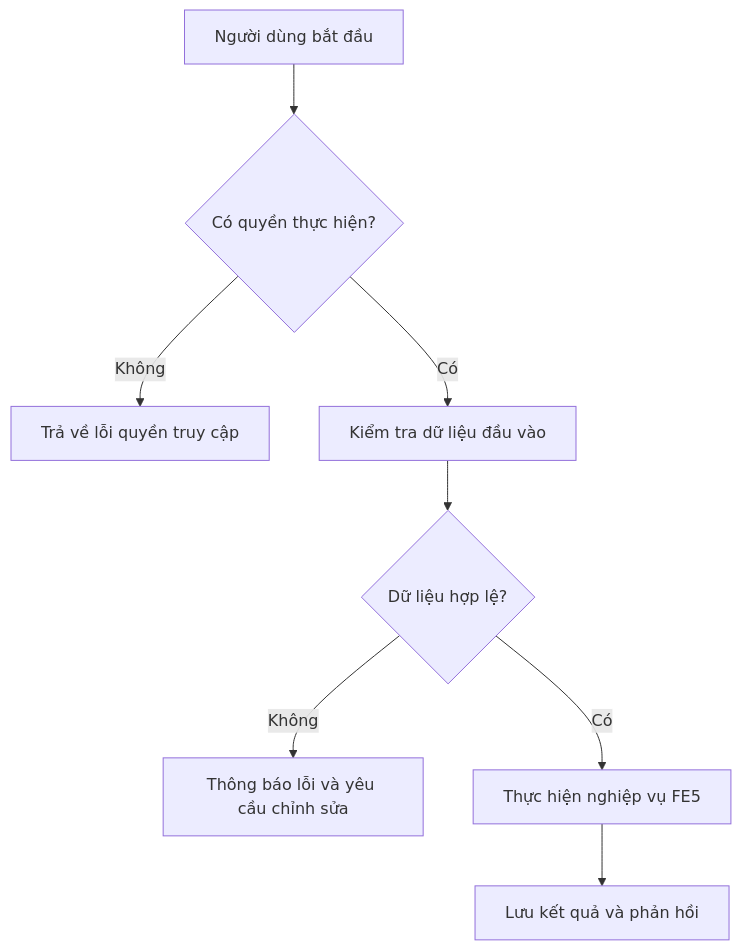
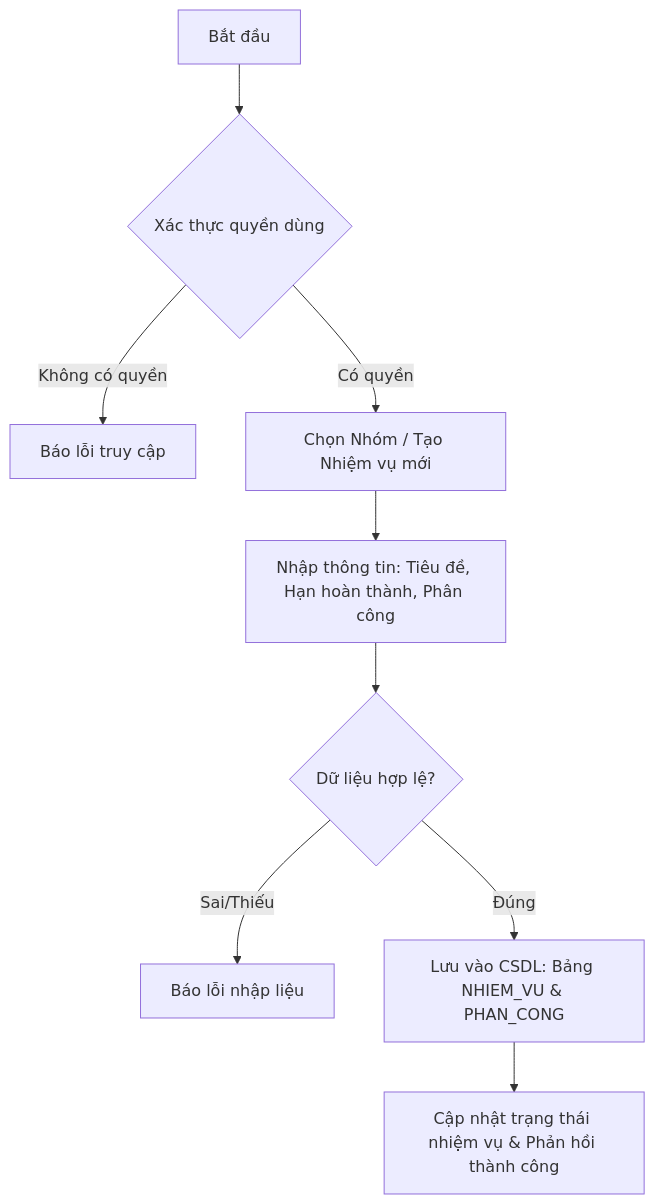
The diagram in docs/FE05-team-workspace-management.md (nguyenminhthien140906-dot/CNPM), drawn with Mermaid before and after one commit. The commit also changed other lines of this file, not shown here.

````diff
--- a/docs/FE05-team-workspace-management.md
+++ b/docs/FE05-team-workspace-management.md
@@ -59,10 +51,11 @@
 ```mermaid
 flowchart TD
-    A[Người dùng bắt đầu] --> B{Có quyền thực hiện?}
-    B -- Không --> C[Trả về lỗi quyền truy cập]
-    B -- Có --> D[Kiểm tra dữ liệu đầu vào]
-    D --> E{Dữ liệu hợp lệ?}
-    E -- Không --> F[Thông báo lỗi và yêu cầu chỉnh sửa]
-    E -- Có --> G[Thực hiện nghiệp vụ FE5]
-    G --> H[Lưu kết quả và phản hồi]
+    A[Bắt đầu] --> B{Xác thực quyền dùng}
+    B -- Không có quyền --> C[Báo lỗi truy cập]
+    B -- Có quyền --> D[Chọn Nhóm / Tạo Nhiệm vụ mới]
+    D --> E[Nhập thông tin: Tiêu đề, Hạn hoàn thành, Phân công]
+    E --> F{Dữ liệu hợp lệ?}
+    F -- Sai/Thiếu --> G[Báo lỗi nhập liệu]
+    F -- Đúng --> H[Lưu vào CSDL: Bảng NHIEM_VU & PHAN_CONG]
+    H --> I[Cập nhật trạng thái nhiệm vụ & Phản hồi thành công]
 ```
````
